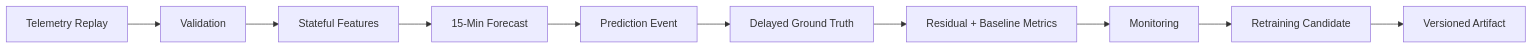
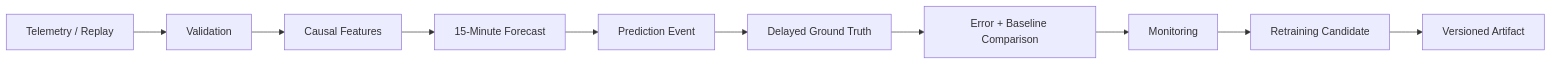
Before and after one commit to nayanojwal0810/ForgeCast: the diagram in README.md, drawn with Mermaid. The commit also changed other lines of this file, not shown here.

````diff
--- a/README.md
+++ b/README.md
@@ -29,12 +99,12 @@
 ```mermaid
 flowchart LR
-    A[Telemetry Replay] --> B[Validation]
-    B --> C[Stateful Features]
-    C --> D[15-Min Forecast]
+    A[Telemetry / Replay] --> B[Validation]
+    B --> C[Causal Features]
+    C --> D[15-Minute Forecast]
     D --> E[Prediction Event]
     E --> F[Delayed Ground Truth]
-    F --> G[Residual + Baseline Metrics]
+    F --> G[Error + Baseline Comparison]
     G --> H[Monitoring]
     H --> I[Retraining Candidate]
     I --> J[Versioned Artifact]
 ```
````
